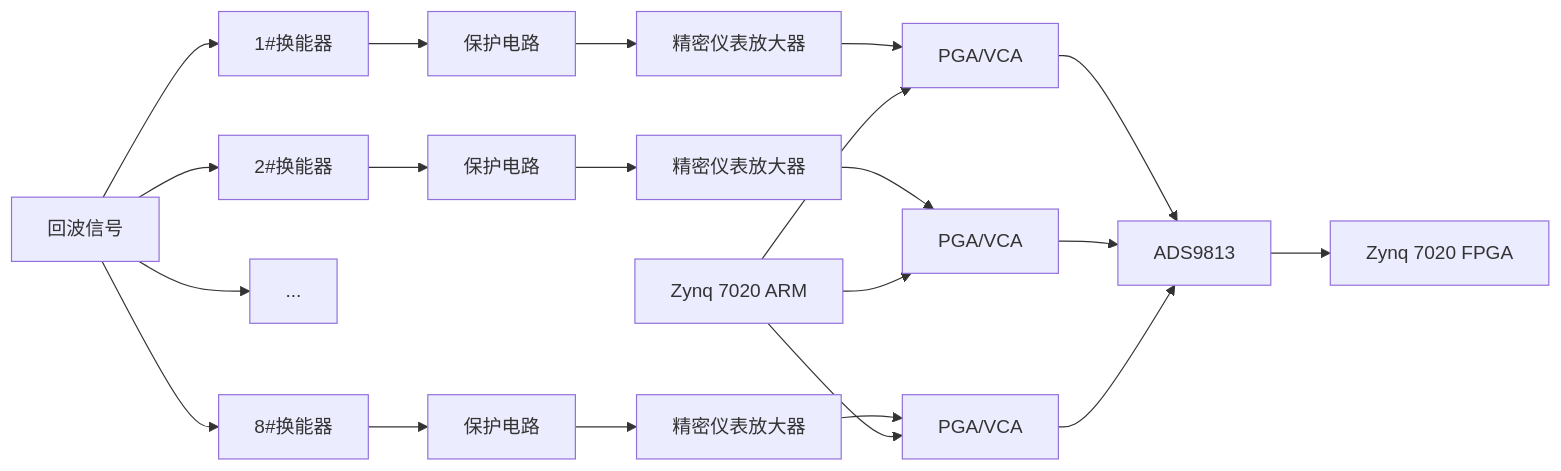
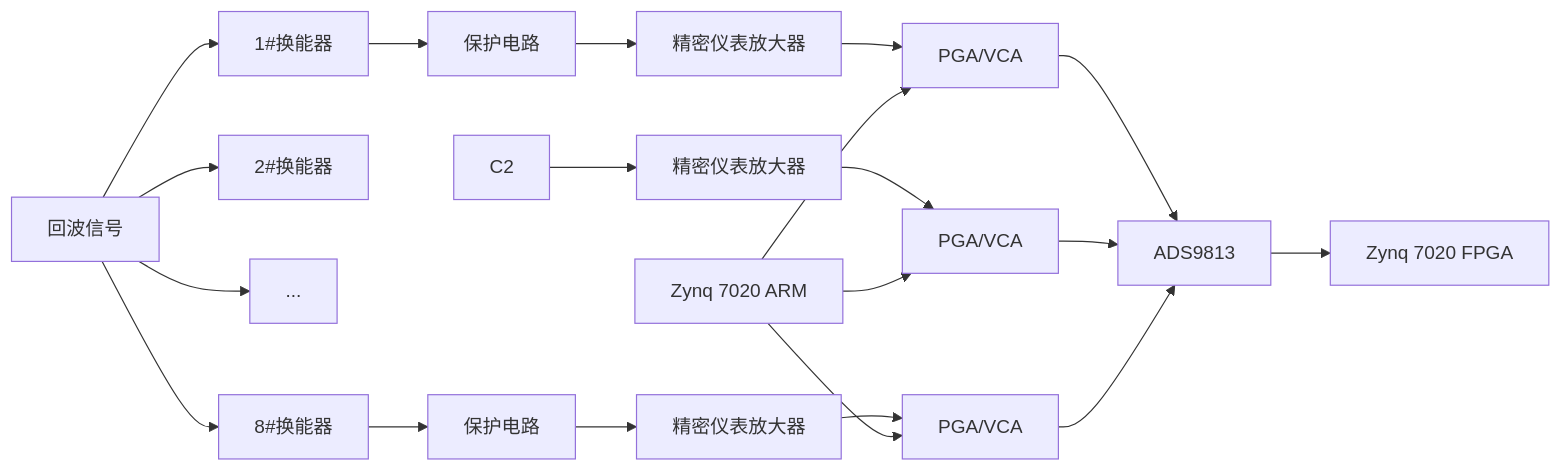
Before and after one commit to Rukawa15/iodraw-files: the diagram in all/多通道同步采集-1.md, drawn with Mermaid.

Commit message:
2025-06-19 14:13:44 update

````diff
--- a/all/多通道同步采集-1.md
+++ b/all/多通道同步采集-1.md
@@ -1,25 +1,24 @@
 ```mermaid
 graph LR
 A[回波信号]
 A --> B1[1#换能器]
 A --> B2[2#换能器]
 A --> ...
 A --> B8[8#换能器]
 B1 --> C1[保护电路]
-B2 --> C2[保护电路]
 B8 --> C8[保护电路]
 
 C1 --> D1[精密仪表放大器]
 C2 --> D2[精密仪表放大器] 
 C8 --> D8[精密仪表放大器] 
 D1 --> E1[PGA/VCA]
 D2 --> E2[PGA/VCA] 
 D8 --> E8[PGA/VCA]
 E1 --> F[ADS9813] 
 E2 --> F[ADS9813]
 E8 --> F[ADS9813] 
 F --> G[Zynq 7020 FPGA]
 H[Zynq 7020 ARM] --> E1
 H[Zynq 7020 ARM] --> E2
 H[Zynq 7020 ARM] --> E8
 ```
````
